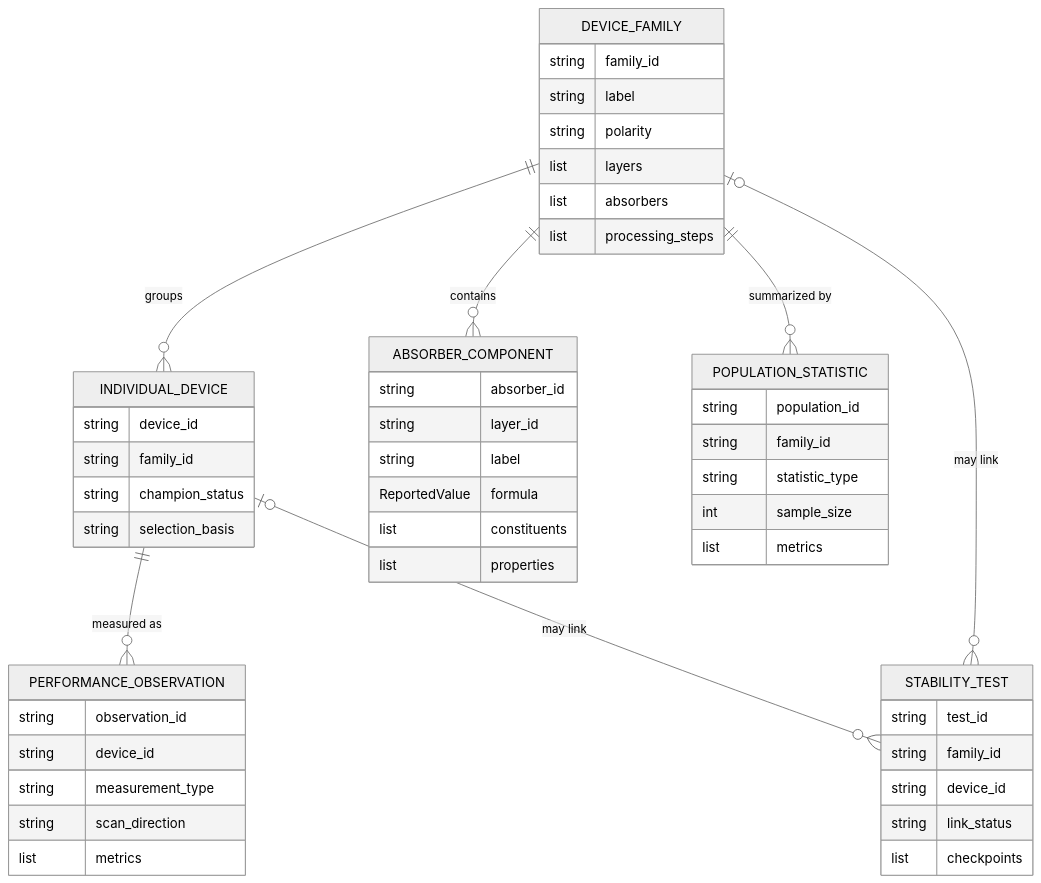
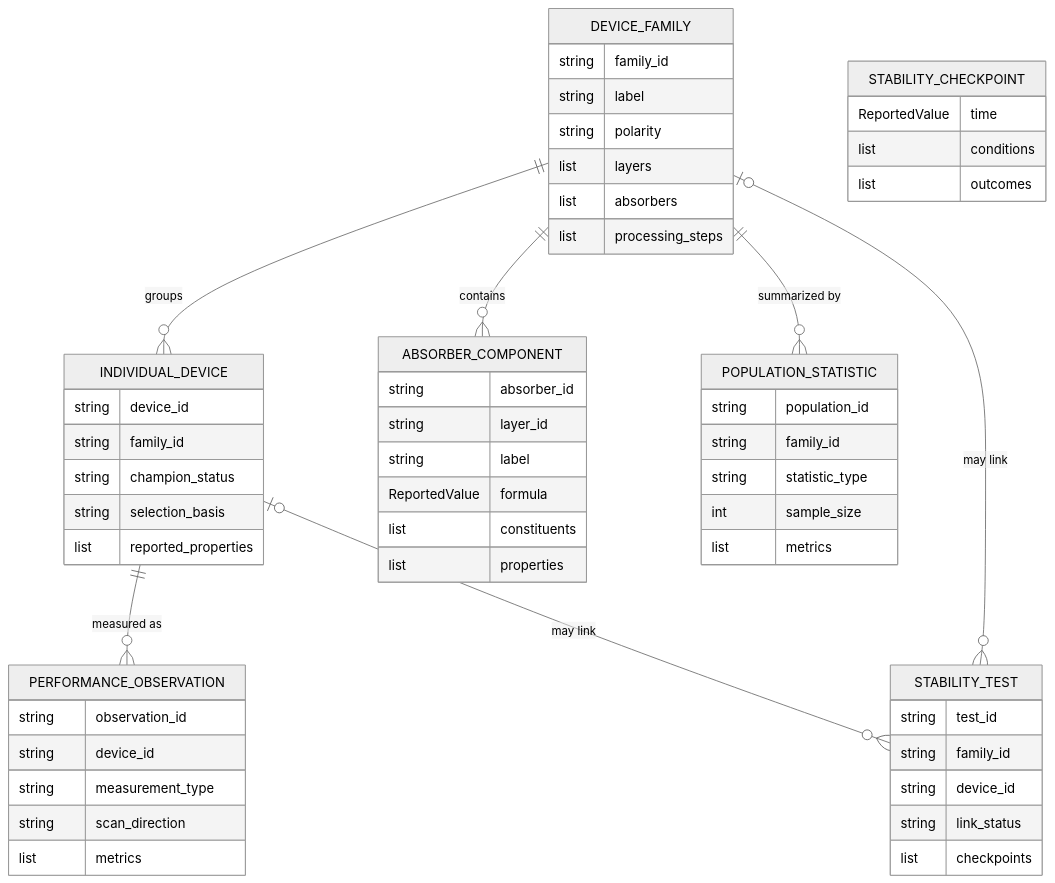
One commit to lamalab-org/perla-extract changed the diagram in docs/concepts/study-model.md. Above: the diagram before and after it, drawn with Mermaid (neutral theme). The commit also changed other lines of this file and 13 other files, not shown here.

````diff
--- a/docs/concepts/study-model.md
+++ b/docs/concepts/study-model.md
@@ -8,53 +8,59 @@
 ```mermaid
 erDiagram
     DEVICE_FAMILY ||--o{ INDIVIDUAL_DEVICE : "groups"
     DEVICE_FAMILY ||--o{ ABSORBER_COMPONENT : "contains"
     DEVICE_FAMILY ||--o{ POPULATION_STATISTIC : "summarized by"
     INDIVIDUAL_DEVICE ||--o{ PERFORMANCE_OBSERVATION : "measured as"
     DEVICE_FAMILY o|--o{ STABILITY_TEST : "may link"
     INDIVIDUAL_DEVICE o|--o{ STABILITY_TEST : "may link"
 
     DEVICE_FAMILY {
         string family_id
         string label
         string polarity
         list layers
         list absorbers
         list processing_steps
     }
     ABSORBER_COMPONENT {
         string absorber_id
         string layer_id
         string label
         ReportedValue formula
         list constituents
         list properties
     }
     INDIVIDUAL_DEVICE {
         string device_id
         string family_id
         string champion_status
         string selection_basis
+        list reported_properties
     }
     PERFORMANCE_OBSERVATION {
         string observation_id
         string device_id
         string measurement_type
         string scan_direction
         list metrics
     }
     POPULATION_STATISTIC {
         string population_id
         string family_id
         string statistic_type
         int sample_size
         list metrics
     }
     STABILITY_TEST {
         string test_id
         string family_id
         string device_id
         string link_status
         list checkpoints
     }
+    STABILITY_CHECKPOINT {
+        ReportedValue time
+        list conditions
+        list outcomes
+    }
 ```
````
